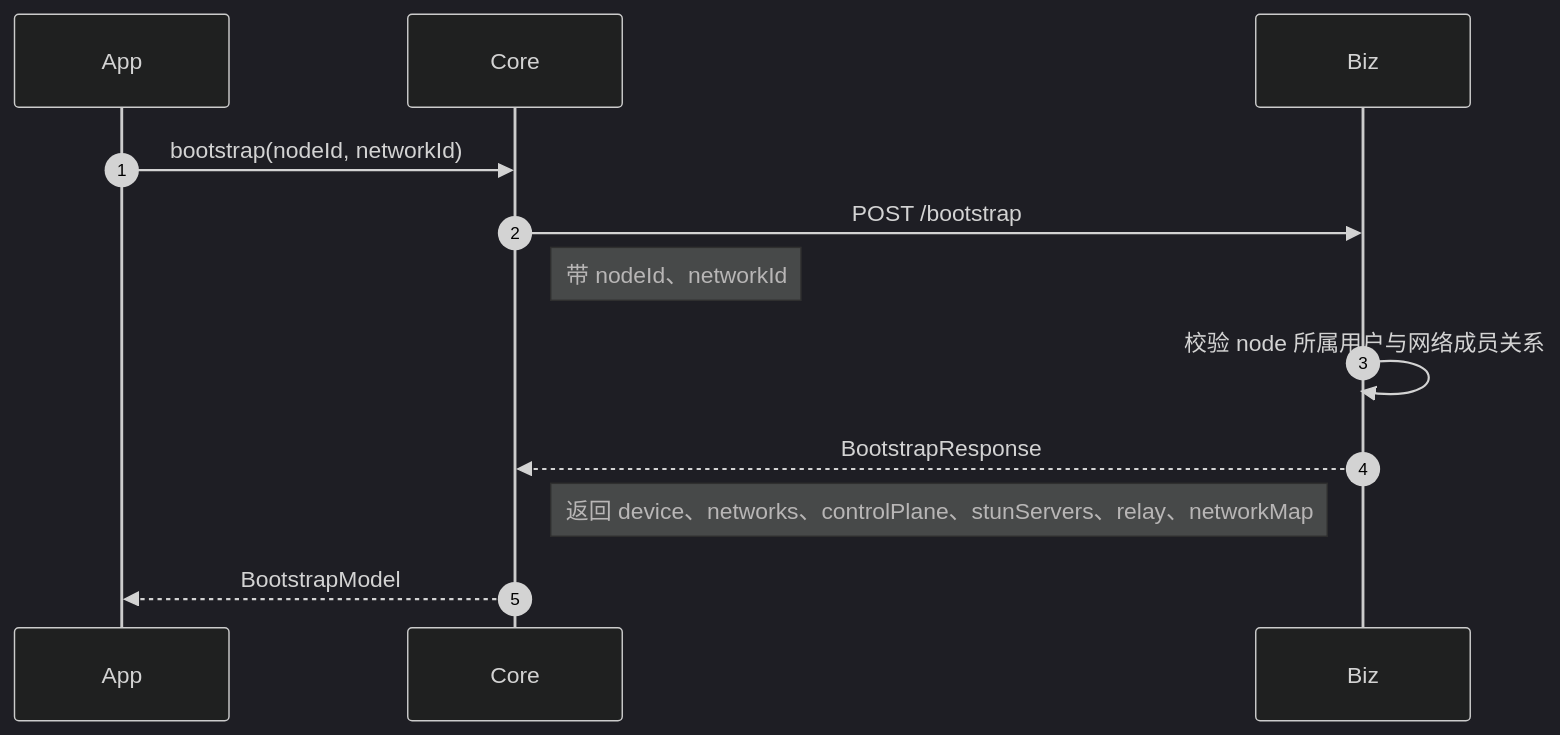
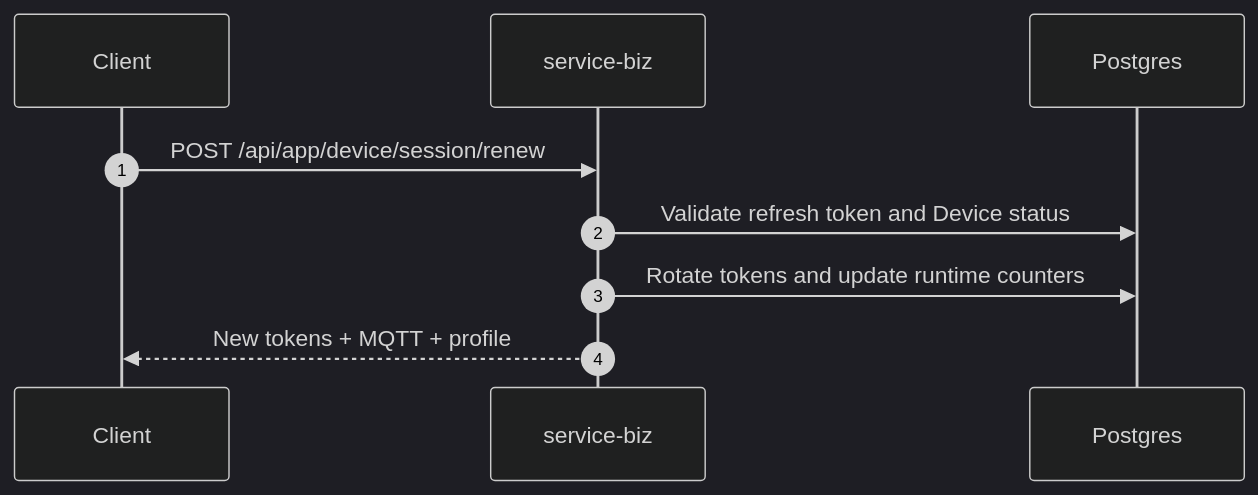
One commit to thorli9527/slan changed the third of 4 diagrams in docs/architecture/sequence-diagrams.md. Above: the diagram before and after it, drawn with Mermaid (dark theme). The commit also changed other lines of this file and 1032 other files, not shown here.

Commit message:
refactor: consolidate platform management and client runtime

````diff
--- a/docs/architecture/sequence-diagrams.md
+++ b/docs/architecture/sequence-diagrams.md
@@ -191,15 +42,12 @@
 ```mermaid
 sequenceDiagram
     autonumber
-    participant App as App
-    participant Core as Core
-    participant Biz as Biz
+    participant Client
+    participant Biz as service-biz
+    participant DB as Postgres
 
-    App->>Core: bootstrap(nodeId, networkId)
-    Core->>Biz: POST /bootstrap
-    Note right of Core: 带 nodeId、networkId
-    Biz->>Biz: 校验 node 所属用户与网络成员关系
-    Biz-->>Core: BootstrapResponse
-    Note left of Biz: 返回 device、networks、controlPlane、stunServers、relay、networkMap
-    Core-->>App: BootstrapModel
+    Client->>Biz: POST /api/app/device/session/renew
+    Biz->>DB: Validate refresh token and Device status
+    Biz->>DB: Rotate tokens and update runtime counters
+    Biz-->>Client: New tokens + MQTT + profile
 ```
````
